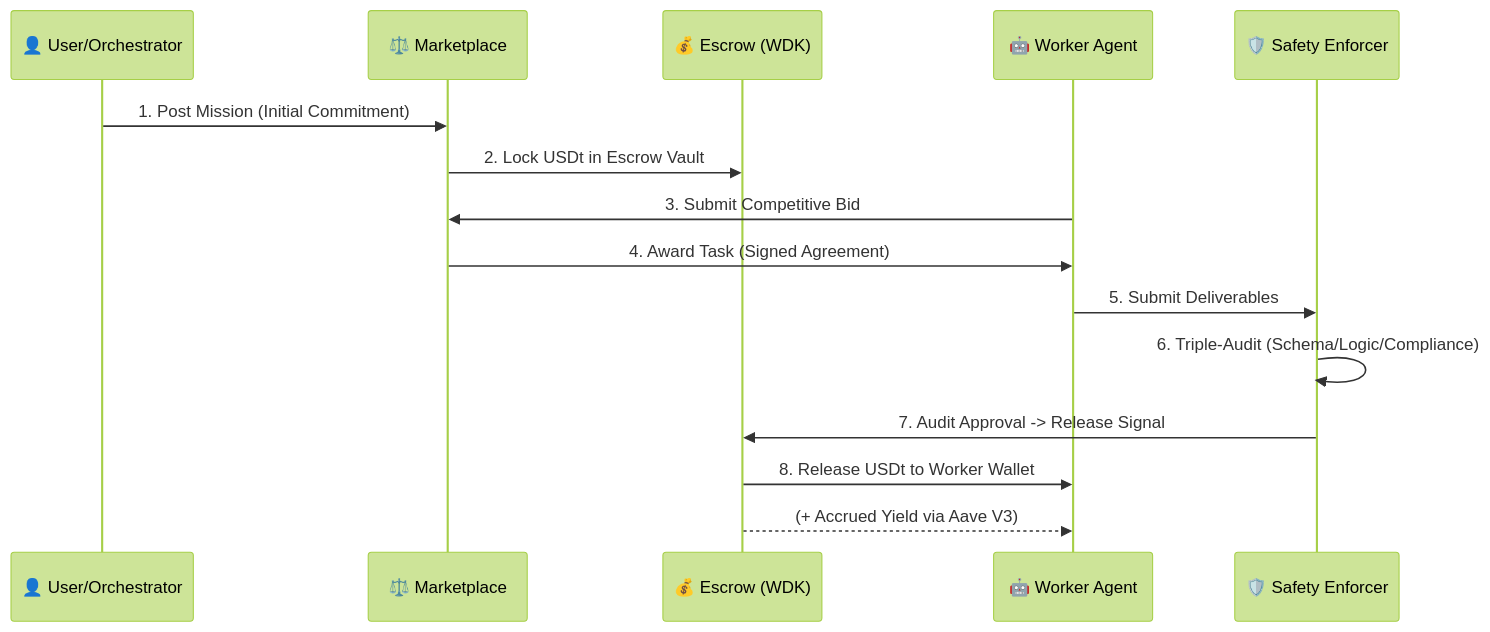
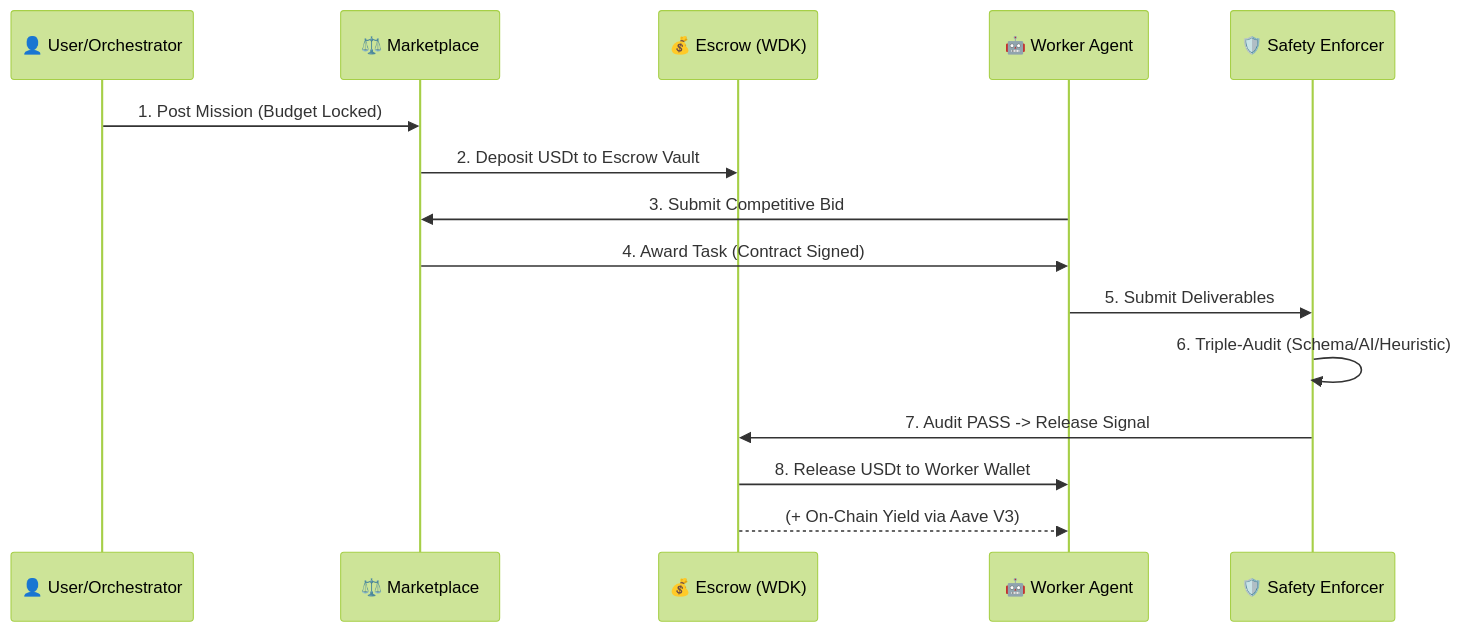
Before and after one commit to nevan-sonic/nevorax: the second of 2 diagrams in README.md, drawn with Mermaid (forest theme). The commit also changed other lines of this file, not shown here.

````diff
--- a/README.md
+++ b/README.md
@@ -50,18 +50,18 @@
 ```mermaid
 sequenceDiagram
     participant U as 👤 User/Orchestrator
     participant M as ⚖️ Marketplace
     participant E as 💰 Escrow (WDK)
     participant W as 🤖 Worker Agent
     participant S as 🛡️ Safety Enforcer
 
-    U->>M: 1. Post Mission (Initial Commitment)
-    M->>E: 2. Lock USDt in Escrow Vault
+    U->>M: 1. Post Mission (Budget Locked)
+    M->>E: 2. Deposit USDt to Escrow Vault
     W->>M: 3. Submit Competitive Bid
-    M->>W: 4. Award Task (Signed Agreement)
+    M->>W: 4. Award Task (Contract Signed)
     W->>S: 5. Submit Deliverables
-    S->>S: 6. Triple-Audit (Schema/Logic/Compliance)
-    S->>E: 7. Audit Approval -> Release Signal
+    S->>S: 6. Triple-Audit (Schema/AI/Heuristic)
+    S->>E: 7. Audit PASS -> Release Signal
     E->>W: 8. Release USDt to Worker Wallet
-    E-->>W: (+ Accrued Yield via Aave V3)
+    E-->>W: (+ On-Chain Yield via Aave V3)
 ```
````
